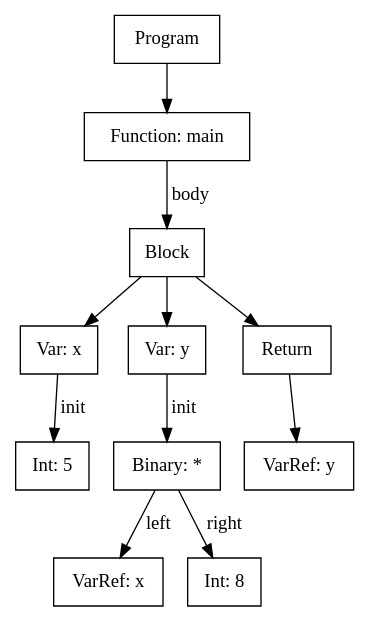
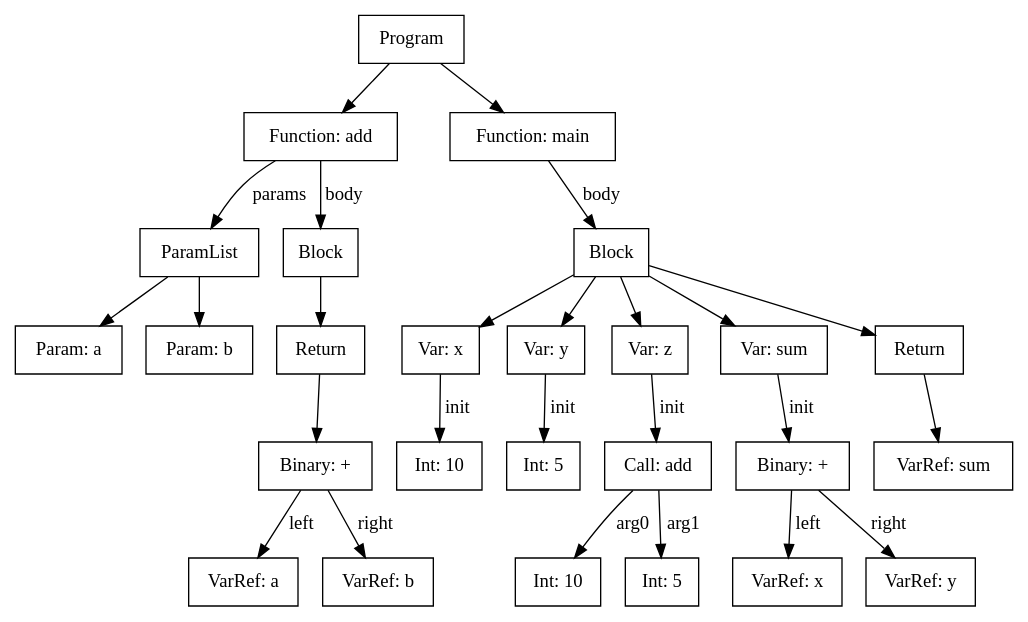
One commit to Faizan-26/C-Compiler changed the diagram in ast.dot. Above: the diagram before and after it, drawn with Graphviz. The commit also changed 10 other files, not shown here.

```diff
--- a/ast.dot
+++ b/ast.dot
@@ -1,24 +1,54 @@
 digraph AST {
     node [shape=box];
-    node0x58d8e2b37930 [label="Program"];
-    node0x58d8e2b37930 -> node0x58d8e2b378e0;
-    node0x58d8e2b378e0 [label="Function: main"];
-    node0x58d8e2b378e0 -> node0x58d8e2b37570 [label="body"];
-    node0x58d8e2b37570 [label="Block"];
-    node0x58d8e2b37570 -> node0x58d8e2b37630;
-    node0x58d8e2b37630 [label="Var: x"];
-    node0x58d8e2b37630 -> node0x58d8e2b375e0 [label="init"];
-    node0x58d8e2b375e0 [label="Int: 5"];
-    node0x58d8e2b37570 -> node0x58d8e2b377d0;
-    node0x58d8e2b377d0 [label="Var: y"];
-    node0x58d8e2b377d0 -> node0x58d8e2b37780 [label="init"];
-    node0x58d8e2b37780 [label="Binary: *"];
-    node0x58d8e2b37780 -> node0x58d8e2b376e0 [label="left"];
-    node0x58d8e2b37780 -> node0x58d8e2b37730 [label="right"];
-    node0x58d8e2b376e0 [label="VarRef: x"];
-    node0x58d8e2b37730 [label="Int: 8"];
-    node0x58d8e2b37570 -> node0x58d8e2b37890;
-    node0x58d8e2b37890 [label="Return"];
-    node0x58d8e2b37890 -> node0x58d8e2b37840;
-    node0x58d8e2b37840 [label="VarRef: y"];
+    node0x59e391443600 [label="Program"];
+    node0x59e391443600 -> node0x59e391442bc0;
+    node0x59e391442bc0 [label="Function: add"];
+    node0x59e391442bc0 -> node0x59e3914425e0 [label="params"];
+    node0x59e3914425e0 [label="ParamList"];
+    node0x59e3914425e0 -> node0x59e391442590;
+    node0x59e391442590 [label="Param: a"];
+    node0x59e3914425e0 -> node0x59e391442980;
+    node0x59e391442980 [label="Param: b"];
+    node0x59e391442bc0 -> node0x59e3914429d0 [label="body"];
+    node0x59e3914429d0 [label="Block"];
+    node0x59e3914429d0 -> node0x59e391442b50;
+    node0x59e391442b50 [label="Return"];
+    node0x59e391442b50 -> node0x59e391442b00;
+    node0x59e391442b00 [label="Binary: +"];
+    node0x59e391442b00 -> node0x59e391442a40 [label="left"];
+    node0x59e391442b00 -> node0x59e391442ab0 [label="right"];
+    node0x59e391442a40 [label="VarRef: a"];
+    node0x59e391442ab0 [label="VarRef: b"];
+    node0x59e391443600 -> node0x59e391443540;
+    node0x59e391443540 [label="Function: main"];
+    node0x59e391443540 -> node0x59e391442c30 [label="body"];
+    node0x59e391442c30 [label="Block"];
+    node0x59e391442c30 -> node0x59e391442cf0;
+    node0x59e391442cf0 [label="Var: x"];
+    node0x59e391442cf0 -> node0x59e391442ca0 [label="init"];
+    node0x59e391442ca0 [label="Int: 10"];
+    node0x59e391442c30 -> node0x59e391442dd0;
+    node0x59e391442dd0 [label="Var: y"];
+    node0x59e391442dd0 -> node0x59e391442d80 [label="init"];
+    node0x59e391442d80 [label="Int: 5"];
+    node0x59e391442c30 -> node0x59e391443280;
+    node0x59e391443280 [label="Var: z"];
+    node0x59e391443280 -> node0x59e391442f00 [label="init"];
+    node0x59e391442f00 [label="Call: add"];
+    node0x59e391442f00 -> node0x59e391442e60 [label="arg0"];
+    node0x59e391442e60 [label="Int: 10"];
+    node0x59e391442f00 -> node0x59e391442eb0 [label="arg1"];
+    node0x59e391442eb0 [label="Int: 5"];
+    node0x59e391442c30 -> node0x59e391443420;
+    node0x59e391443420 [label="Var: sum"];
+    node0x59e391443420 -> node0x59e3914433d0 [label="init"];
+    node0x59e3914433d0 [label="Binary: +"];
+    node0x59e3914433d0 -> node0x59e391443310 [label="left"];
+    node0x59e3914433d0 -> node0x59e391443380 [label="right"];
+    node0x59e391443310 [label="VarRef: x"];
+    node0x59e391443380 [label="VarRef: y"];
+    node0x59e391442c30 -> node0x59e3914434f0;
+    node0x59e3914434f0 [label="Return"];
+    node0x59e3914434f0 -> node0x59e3914434a0;
+    node0x59e3914434a0 [label="VarRef: sum"];
 }
```
